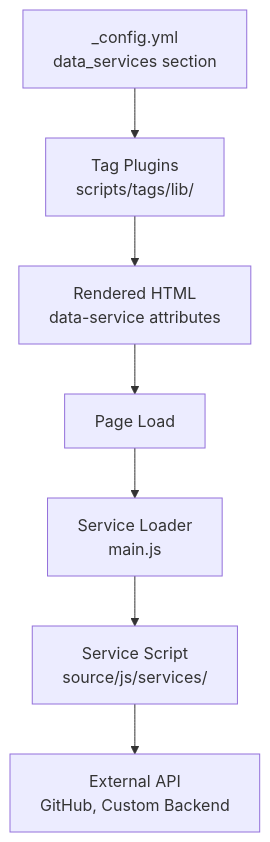
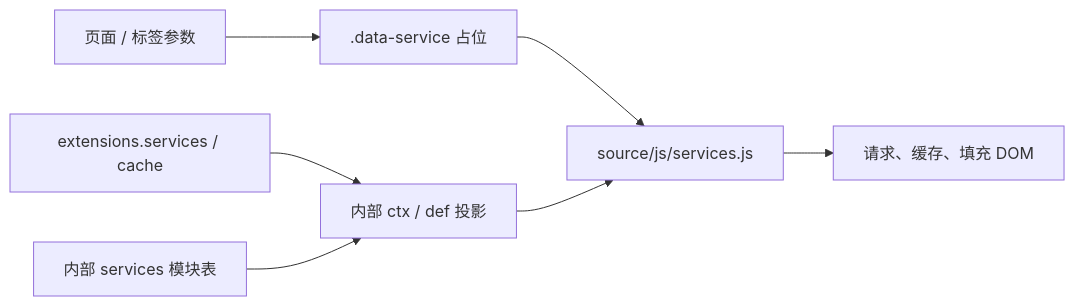
One commit to xaoxuu/hexo-theme-stellar changed the diagram in docs/knowledge/06-数据服务与组件/data-widgets-overview.md. Above: the diagram before and after it, drawn with Mermaid. The commit also changed other lines of this file and 124 other files, not shown here.

````diff
--- a/docs/knowledge/06-数据服务与组件/data-widgets-overview.md
+++ b/docs/knowledge/06-数据服务与组件/data-widgets-overview.md
@@ -50,17 +14,9 @@
 ```mermaid
-graph TB
-  Config["_config.yml\ndata_services section"]
-  TagPlugin["Tag Plugins\nscripts/tags/lib/"]
-  HTML["Rendered HTML\ndata-service attributes"]
-  PageLoad["Page Load"]
-  ServiceLoader["Service Loader\nmain.js"]
-  ServiceScript["Service Script\nsource/js/services/"]
-  APICall["External API\nGitHub, Custom Backend"]
-  
-  Config --> TagPlugin
-  TagPlugin --> HTML
-  HTML --> PageLoad
-  PageLoad --> ServiceLoader
-  ServiceLoader --> ServiceScript
-  ServiceScript --> APICall
+flowchart LR
+  INPUT["页面 / 标签参数"] --> PLACEHOLDER[".data-service 占位"]
+  CONFIG["extensions.services / cache"] --> CONTEXT["内部 ctx / def 投影"]
+  ASSETS["内部 services 模块表"] --> CONTEXT
+  PLACEHOLDER --> RUNTIME["source/js/services.js"]
+  CONTEXT --> RUNTIME
+  RUNTIME --> OUTPUT["请求、缓存、填充 DOM"]
 ```
````
